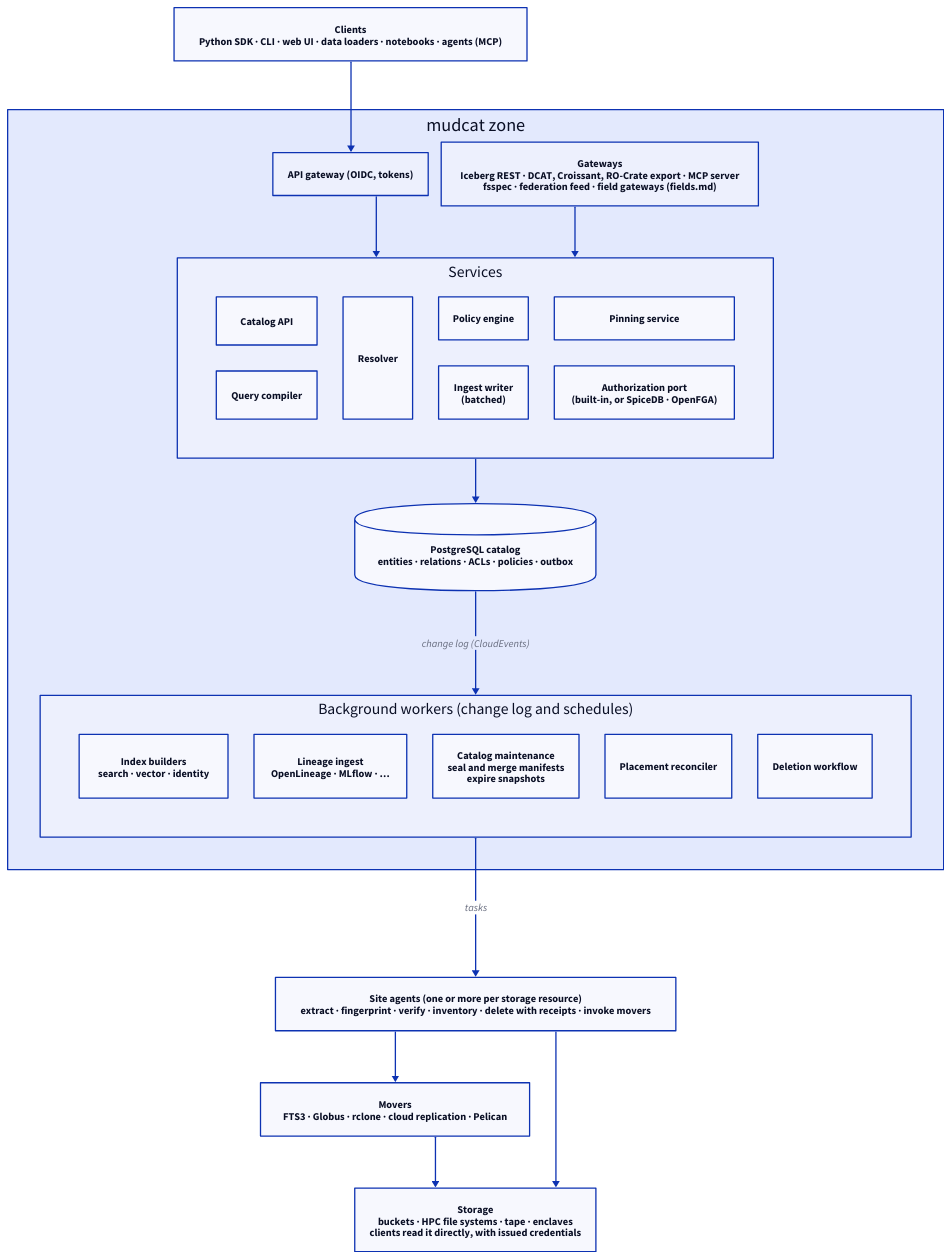
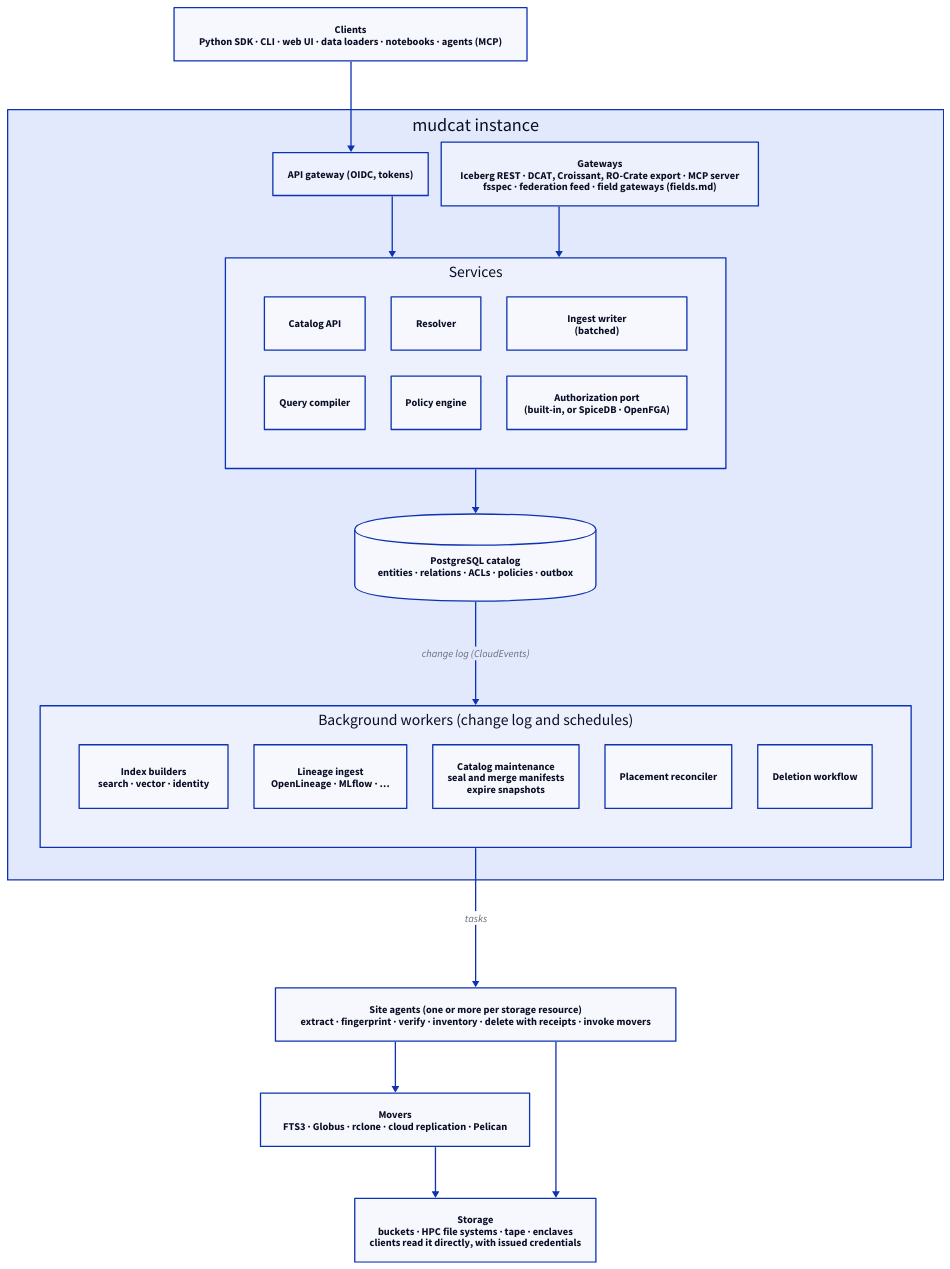
One commit to brianv0/mudcat changed the diagram in docs/architecture.md. Above: the diagram before and after it, drawn with D2. The commit also changed other lines of this file and 5 other files, not shown here.

````diff
--- a/docs/architecture.md
+++ b/docs/architecture.md
@@ -31,55 +31,54 @@
 ```d2
 vars: {
   d2-config: {
     layout-engine: elk
   }
 }
 direction: down
 
 clients: "Clients\nPython SDK · CLI · web UI · data loaders · notebooks · agents (MCP)"
 
-zone: mudcat zone {
+instance: mudcat instance {
   gateway: "API gateway (OIDC, tokens)"
   gateways: "Gateways\nIceberg REST · DCAT, Croissant, RO-Crate export · MCP server\nfsspec · federation feed · field gateways (fields.md)"
 
   services: Services {
-    grid-columns: 4
+    grid-columns: 3
     api: Catalog API
     query: Query compiler
     resolver: Resolver
     policy: Policy engine
     ingest: "Ingest writer\n(batched)"
-    pinning: Pinning service
     authz: "Authorization port\n(built-in, or SpiceDB · OpenFGA)"
   }
 
   db: "PostgreSQL catalog\nentities · relations · ACLs · policies · outbox" {
     shape: cylinder
   }
 
   consumers: "Background workers (change log and schedules)" {
     grid-columns: 5
     index: "Index builders\nsearch · vector · identity"
     lineage: "Lineage ingest\nOpenLineage · MLflow · …"
     maintenance: "Catalog maintenance\nseal and merge manifests\nexpire snapshots"
     placement: Placement reconciler
     deletion: Deletion workflow
   }
 
   gateway -> services
   gateways -> services
   services -> db
   db -> consumers: change log (CloudEvents)
 }
 
 agents: "Site agents (one or more per storage resource)\nextract · fingerprint · verify · inventory · delete with receipts · invoke movers"
 
 storage: "Storage\nbuckets · HPC file systems · tape · enclaves\nclients read it directly, with issued credentials"
 movers: "Movers\nFTS3 · Globus · rclone · cloud replication · Pelican"
 
-clients -> zone.gateway
-zone.consumers -> agents: tasks
+clients -> instance.gateway
+instance.consumers -> agents: tasks
 agents -> movers
 agents -> storage
 movers -> storage
 ```
````
